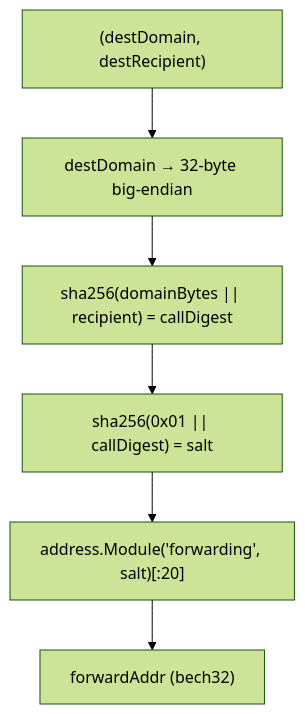
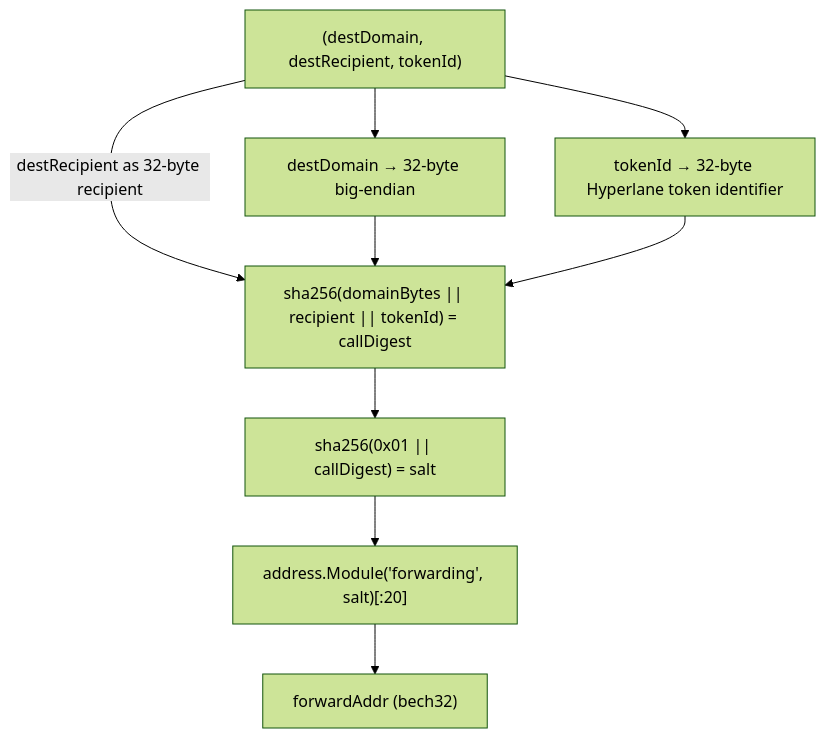
The first of 2 diagrams in x/forwarding/CLAUDE.md (celestiaorg/celestia-app), drawn with Mermaid (forest theme) before and after one commit. The commit also changed other lines of this file and 27 other files, not shown here.

First line of the commit message:
fix(x/forwarding)!: bind token identity to forwarding address derivation (#6906)

````diff
--- a/x/forwarding/CLAUDE.md
+++ b/x/forwarding/CLAUDE.md
@@ -18,8 +18,11 @@
 ```mermaid
 flowchart TD
-    A["(destDomain, destRecipient)"] --> B["destDomain → 32-byte big-endian"]
-    B --> C["sha256(domainBytes || recipient) = callDigest"]
-    C --> D["sha256(0x01 || callDigest) = salt"]
-    D --> E["address.Module('forwarding', salt)[:20]"]
-    E --> F["forwardAddr (bech32)"]
+    A["(destDomain, destRecipient, tokenId)"] --> B["destDomain → 32-byte big-endian"]
+    A --> C["tokenId → 32-byte Hyperlane token identifier"]
+    A -->|destRecipient as 32-byte recipient| D["sha256(domainBytes || recipient || tokenId) = callDigest"]
+    B --> D["sha256(domainBytes || recipient || tokenId) = callDigest"]
+    C --> D
+    D --> E["sha256(0x01 || callDigest) = salt"]
+    E --> F["address.Module('forwarding', salt)[:20]"]
+    F --> G["forwardAddr (bech32)"]
 ```
````
